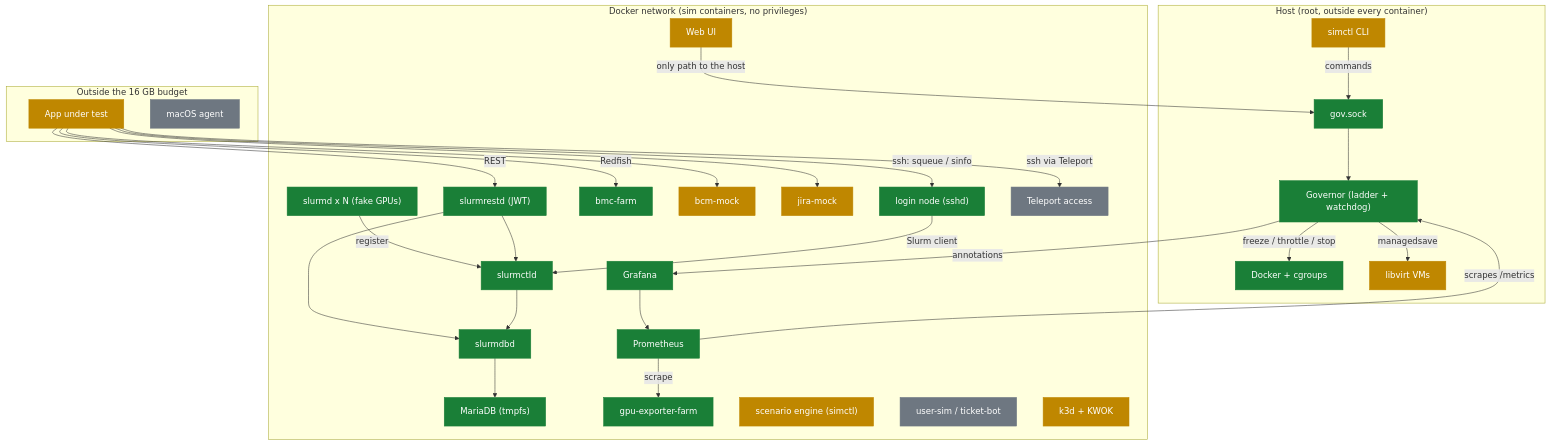
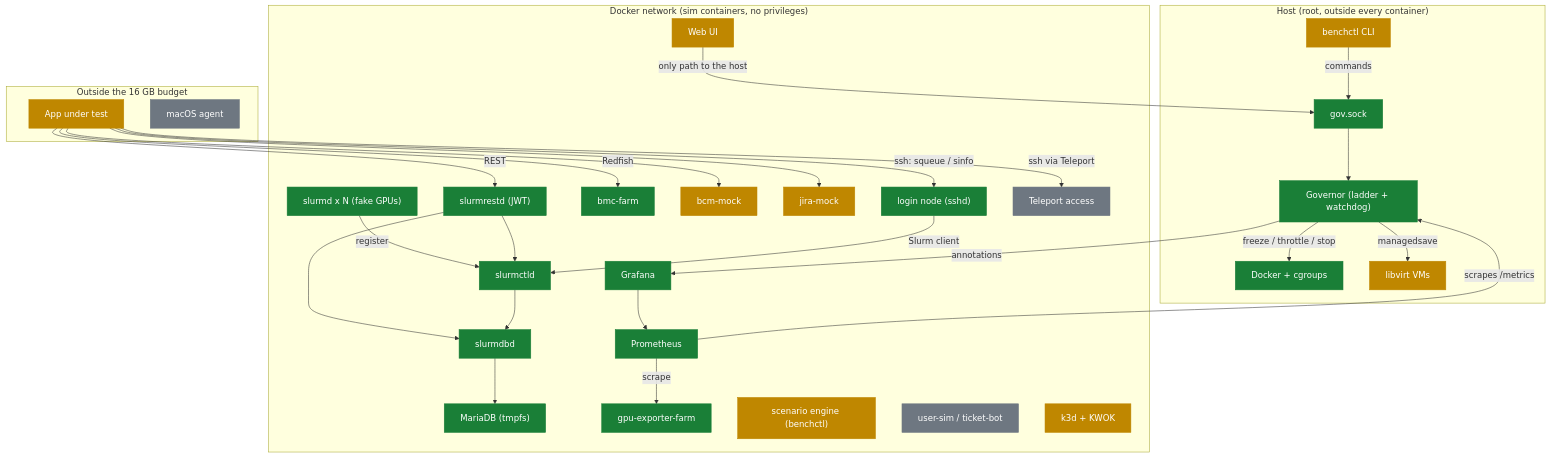
One commit to AhmedYousriSobhi/workbench changed the second of 2 diagrams in docs/PROGRESS.md. Above: the diagram before and after it, drawn with Mermaid. The commit also changed other lines of this file and 136 other files, not shown here.

First line of the commit message:
chore: remove the old names simctl, opti and hpcsim; benchctl and workbench everywhere (#111)

````diff
--- a/docs/PROGRESS.md
+++ b/docs/PROGRESS.md
@@ -32,58 +32,58 @@
 ```mermaid
 flowchart TB
     subgraph host["Host (root, outside every container)"]
-        simctl["simctl CLI"]:::partial
+        benchctl["benchctl CLI"]:::partial
         gov["Governor (ladder + watchdog)"]:::done
         sock["gov.sock"]:::done
         docker["Docker + cgroups"]:::done
         libvirt["libvirt VMs"]:::partial
     end
     subgraph net["Docker network (sim containers, no privileges)"]
         ctld["slurmctld"]:::done
         slurmd["slurmd x N (fake GPUs)"]:::done
         restd["slurmrestd (JWT)"]:::done
         dbd["slurmdbd"]:::done
         maria["MariaDB (tmpfs)"]:::done
         prom["Prometheus"]:::done
         graf["Grafana"]:::done
         gpux["gpu-exporter-farm"]:::done
         bmc["bmc-farm"]:::done
         bcm["bcm-mock"]:::partial
         jira["jira-mock"]:::partial
         login["login node (sshd)"]:::done
         tele["Teleport access"]:::todo
-        chaos["scenario engine (simctl)"]:::partial
+        chaos["scenario engine (benchctl)"]:::partial
         users["user-sim / ticket-bot"]:::todo
         k8s["k3d + KWOK"]:::partial
         webui["Web UI"]:::partial
     end
     subgraph ext["Outside the 16 GB budget"]
         app["App under test"]:::partial
         mac["macOS agent"]:::todo
     end
-    simctl -->|"commands"| sock
+    benchctl -->|"commands"| sock
     sock --> gov
     gov -->|"freeze / throttle / stop"| docker
     gov -->|"managedsave"| libvirt
     prom -->|"scrapes /metrics"| gov
     gov -->|"annotations"| graf
     slurmd -->|"register"| ctld
     restd --> ctld
     restd --> dbd
     ctld --> dbd
     dbd --> maria
     prom -->|"scrape"| gpux
     graf --> prom
     webui -->|"only path to the host"| sock
     app -->|"REST"| restd
     app -->|"Redfish"| bmc
     app --> bcm
     app --> jira
     app -->|"ssh: squeue / sinfo"| login
     login -->|"Slurm client"| ctld
     app -->|"ssh via Teleport"| tele
     classDef done fill:#1a7f37,stroke:#1a7f37,color:#fff
     classDef review fill:#0969da,stroke:#0969da,color:#fff
     classDef partial fill:#bf8700,stroke:#bf8700,color:#fff
     classDef todo fill:#6e7781,stroke:#6e7781,color:#fff
 ```
````
